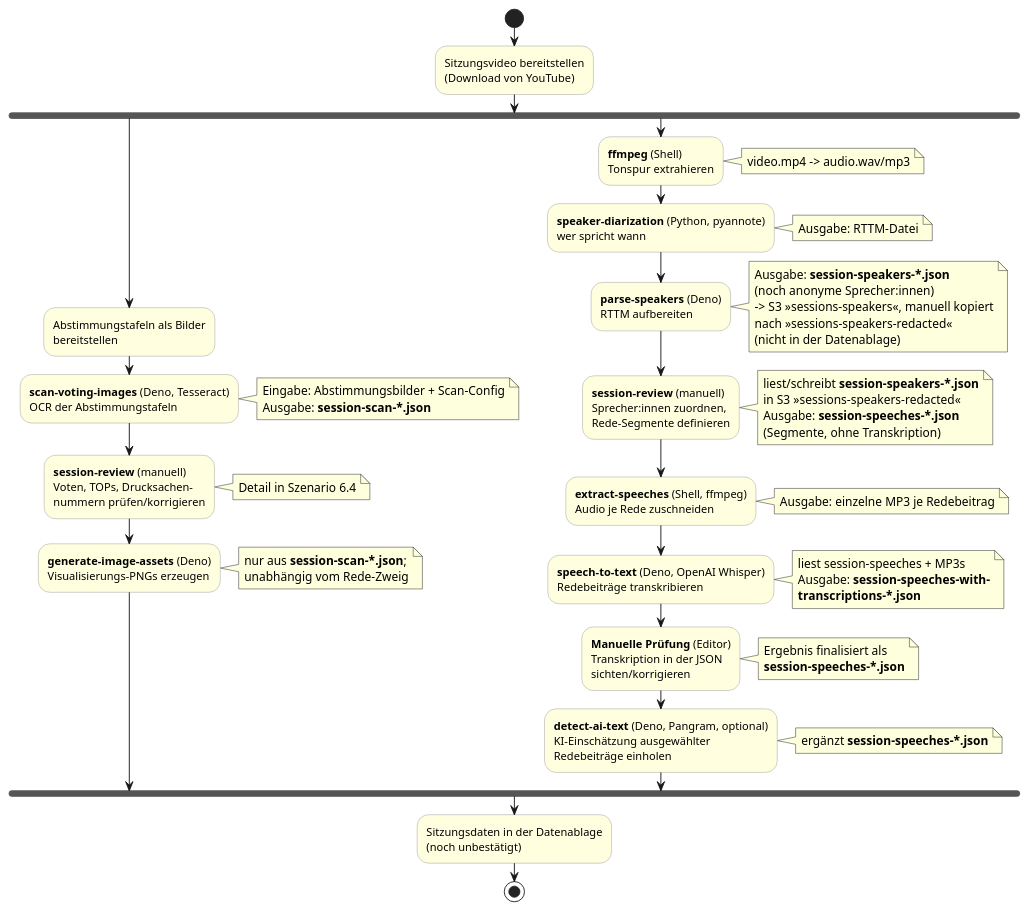
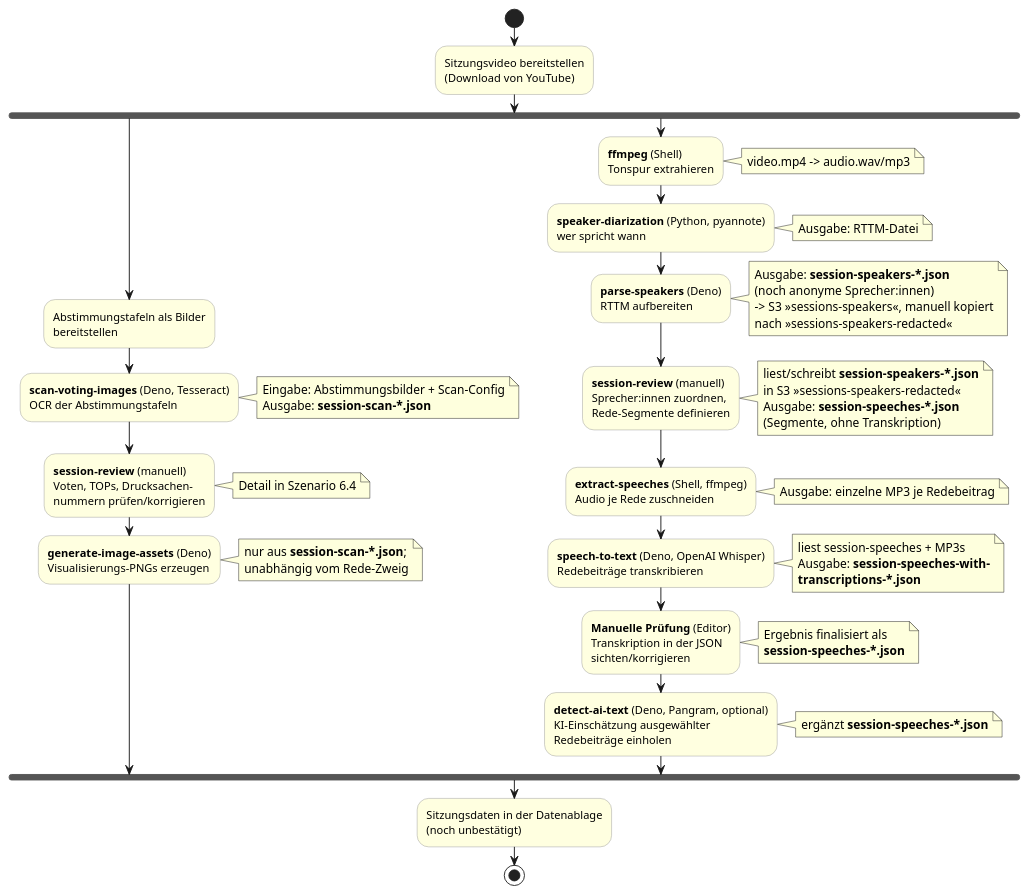
One commit to code-for-magdeburg/StadtratWatch-web changed the diagram in docs/arc42/06-laufzeitsicht/01-sitzungsverarbeitung.adoc. Above: the diagram before and after it, drawn with PlantUML. The commit also changed other lines of this file and 5 other files, not shown here.

```diff
--- a/docs/arc42/06-laufzeitsicht/01-sitzungsverarbeitung.adoc
+++ b/docs/arc42/06-laufzeitsicht/01-sitzungsverarbeitung.adoc
@@ -36,71 +36,70 @@
 [plantuml,lz-sitzungsverarbeitung,svg]
 ....
 @startuml
 skinparam shadowing false
 skinparam activity {
   BackgroundColor #lightyellow
   BorderColor #999999
 }
 
 start
 :Sitzungsvideo bereitstellen\n(Download von YouTube);
 
 fork
   ' --- Abstimmungs-Zweig (OCR) ---
   :Abstimmungstafeln als Bilder\nbereitstellen;
   :**scan-voting-images** (Deno, Tesseract)\nOCR der Abstimmungstafeln;
   note right
     Eingabe: Abstimmungsbilder + Scan-Config
     Ausgabe: **session-scan-*.json**
   end note
   :**session-review** (manuell)\nVoten, TOPs, Drucksachen-\nnummern prüfen/korrigieren;
   note right: Detail in Szenario 6.4
   :**generate-image-assets** (Deno)\nVisualisierungs-PNGs erzeugen;
   note right
     nur aus **session-scan-*.json**;
     unabhängig vom Rede-Zweig
   end note
 fork again
   ' --- Rede-Zweig (Audio) ---
   :**ffmpeg** (Shell)\nTonspur extrahieren;
   note right: video.mp4 -> audio.wav/mp3
   :**speaker-diarization** (Python, pyannote)\nwer spricht wann;
   note right: Ausgabe: RTTM-Datei
   :**parse-speakers** (Deno)\nRTTM aufbereiten;
   note right
     Ausgabe: **session-speakers-*.json**
     (noch anonyme Sprecher:innen)
     -> S3 »sessions-speakers«, manuell kopiert
     nach »sessions-speakers-redacted«
-    (nicht in der Datenablage)
   end note
   :**session-review** (manuell)\nSprecher:innen zuordnen,\nRede-Segmente definieren;
   note right
     liest/schreibt **session-speakers-*.json**
     in S3 »sessions-speakers-redacted«
     Ausgabe: **session-speeches-*.json**
     (Segmente, ohne Transkription)
   end note
   :**extract-speeches** (Shell, ffmpeg)\nAudio je Rede zuschneiden;
   note right: Ausgabe: einzelne MP3 je Redebeitrag
   :**speech-to-text** (Deno, OpenAI Whisper)\nRedebeiträge transkribieren;
   note right
     liest session-speeches + MP3s
     Ausgabe: **session-speeches-with-**
     **transcriptions-*.json**
   end note
   :**Manuelle Prüfung** (Editor)\nTranskription in der JSON\nsichten/korrigieren;
   note right
     Ergebnis finalisiert als
     **session-speeches-*.json**
   end note
   :**detect-ai-text** (Deno, Pangram, optional)\nKI-Einschätzung ausgewählter\nRedebeiträge einholen;
   note right
     ergänzt **session-speeches-*.json**
   end note
 end fork
 
 :Sitzungsdaten in der Datenablage\n(noch unbestätigt);
 stop
 @enduml
 ....
```
